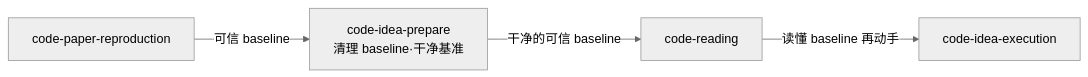
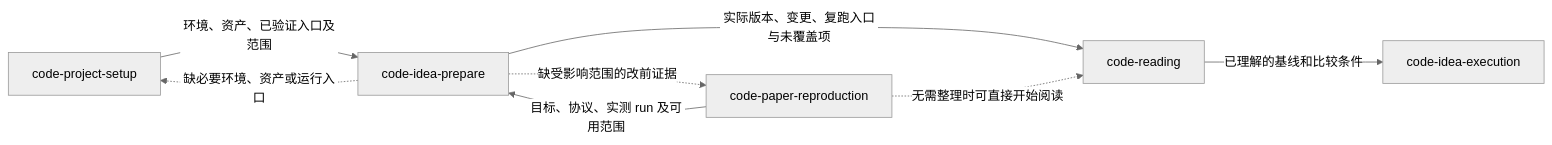
One commit to jackwang0108/dl-assistant changed the first of 2 diagrams in plugins/dl-assistant/skills/code-idea-prepare/SKILL.md. Above: the diagram before and after it, drawn with Mermaid (neutral theme). The commit also changed other lines of this file and 7 other files, not shown here.

````diff
--- a/plugins/dl-assistant/skills/code-idea-prepare/SKILL.md
+++ b/plugins/dl-assistant/skills/code-idea-prepare/SKILL.md
@@ -40,7 +12,10 @@
 ```mermaid
 flowchart LR
-    CPR[code-paper-reproduction] --> |可信 baseline| CIP
-    CIP["code-idea-prepare<br/>清理 baseline·干净基准"]
-    CIP -->|干净的可信 baseline| CR[code-reading]
-    CR -->|读懂 baseline 再动手| EX[code-idea-execution]
+    SETUP["code-project-setup"] -->|"环境、资产、已验证入口及范围"| PREPARE["code-idea-prepare"]
+    REPRO["code-paper-reproduction"] -->|"目标、协议、实测 run 及可用范围"| PREPARE
+    PREPARE -.->|"缺必要环境、资产或运行入口"| SETUP
+    PREPARE -.->|"缺受影响范围的改前证据"| REPRO
+    PREPARE -->|"实际版本、变更、复跑入口与未覆盖项"| READING["code-reading"]
+    REPRO -.->|"无需整理时可直接开始阅读"| READING
+    READING -->|"已理解的基线和比较条件"| EXECUTION["code-idea-execution"]
 ```
````
